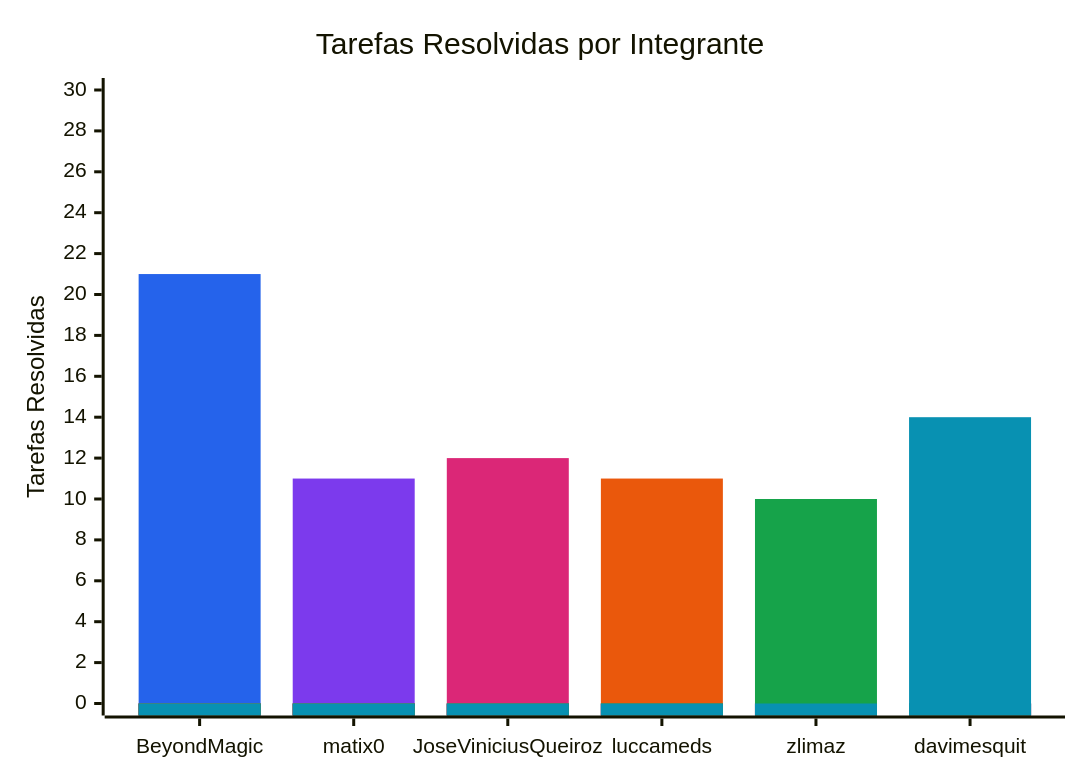
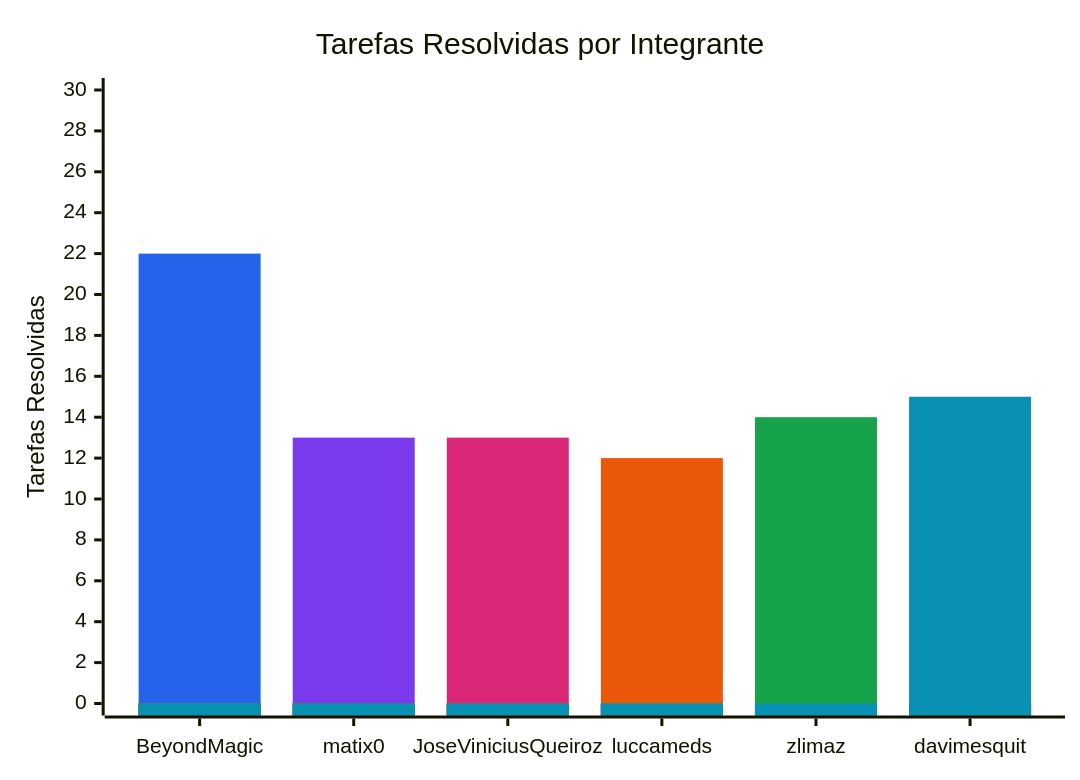
The diagram in documentation/snippets/management/resolved-issues.mmd (FCTE-Qualidade-de-Software-1/2026-2_T01_FRANS_BILAS), drawn with Mermaid before and after one commit. The commit also changed 6 other files, not shown here.

```diff
--- a/documentation/snippets/management/resolved-issues.mmd
+++ b/documentation/snippets/management/resolved-issues.mmd
@@ -1,11 +1,11 @@
 %%{init: {"themeVariables": {"xyChart": {"plotColorPalette": "#2563eb, #7c3aed, #db2777, #ea580c, #16a34a, #0891b2"}}}}%%
 xychart-beta
     title "Tarefas Resolvidas por Integrante"
     x-axis ["BeyondMagic", "matix0", "JoseViniciusQueiroz", "luccameds", "zlimaz", "davimesquit"]
     y-axis "Tarefas Resolvidas" 0 --> 30
-    bar [21, 0, 0, 0, 0, 0]
-    bar [0, 11, 0, 0, 0, 0]
-    bar [0, 0, 12, 0, 0, 0]
-    bar [0, 0, 0, 11, 0, 0]
-    bar [0, 0, 0, 0, 10, 0]
-    bar [0, 0, 0, 0, 0, 14]
+    bar [22, 0, 0, 0, 0, 0]
+    bar [0, 13, 0, 0, 0, 0]
+    bar [0, 0, 13, 0, 0, 0]
+    bar [0, 0, 0, 12, 0, 0]
+    bar [0, 0, 0, 0, 14, 0]
+    bar [0, 0, 0, 0, 0, 15]
```
